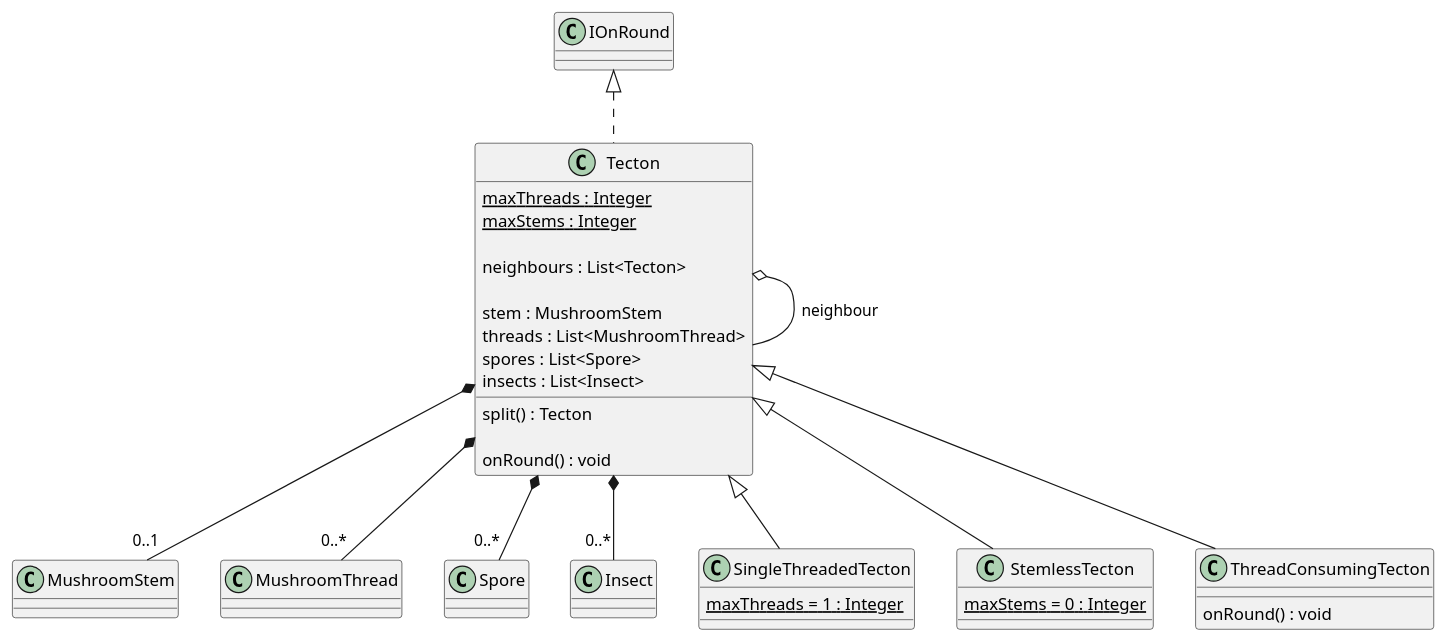
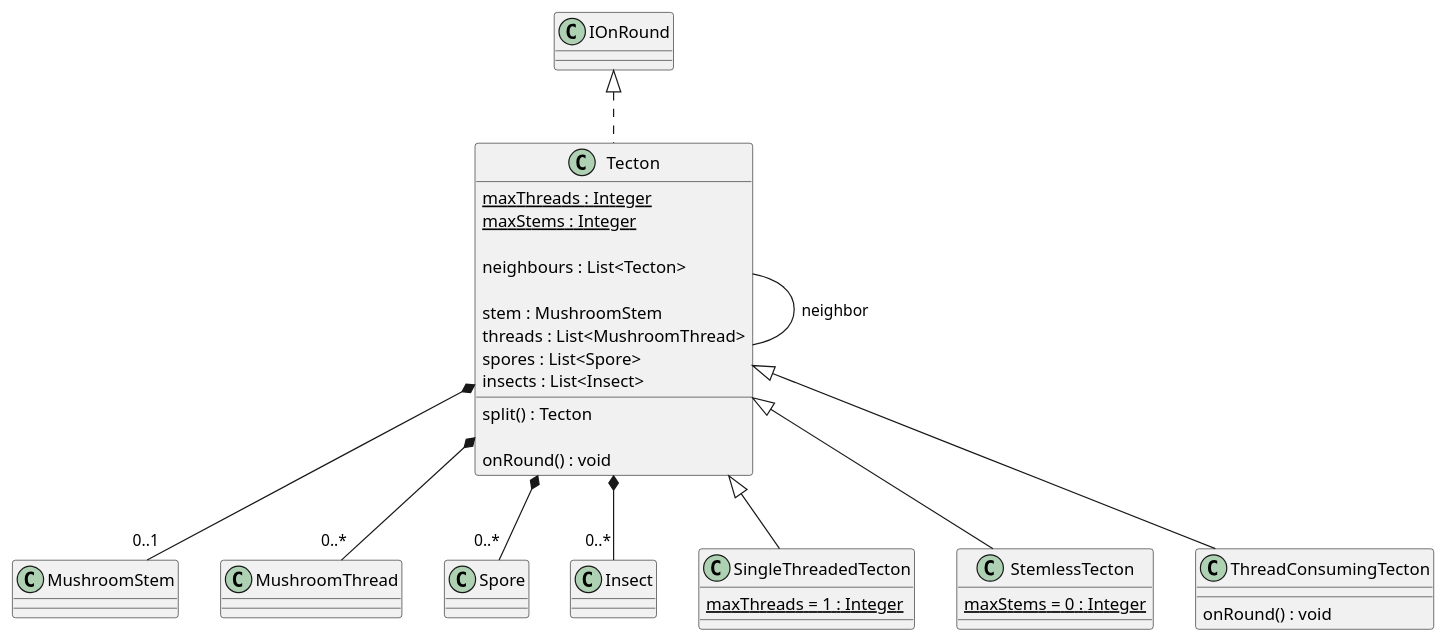
Before and after one commit to Petya-G/fungorium: the diagram in 3/classes/tecton.puml, drawn with PlantUML.

Commit message:
changed Tecton neighbor relationship to association

```diff
--- a/3/classes/tecton.puml
+++ b/3/classes/tecton.puml
@@ -1,56 +1,56 @@
 @startuml tecton
   IOnRound <|.. Tecton 
-  Tecton  o-- Tecton : neighbour
+  Tecton  -- Tecton : neighbor
   'Tecton *-- "0..*" Entity
   class Tecton {
     {static} maxThreads : Integer
     {static} maxStems : Integer
     
     neighbours : List<Tecton>
 
     stem : MushroomStem
     threads : List<MushroomThread>
     spores : List<Spore>
     insects : List<Insect>  
 
     'addNeighbour(Tecton) : void
     'addStem(MushroomStem stem) : void
     'removeStem() : void
     'addThread(MushroomThread thread) : void
     'removeThread(MushroomThread thread) : void
     'addSpore(Spore spore) : void
     'removeSpore(Spore spore) : void
     'addInsect(Insect insect) : void
     'removeInsect(Insect insect) : void
 
     split() : Tecton
 
     onRound() : void
   }
 
   Tecton *-- "0..1" MushroomStem 
   Tecton *-- "0..*" MushroomThread
   
   Tecton *-- "0..*" Spore
   Tecton *-- "0..*" Insect
   'SingleThreadedTecton *-- "0..1" MushroomStem
   'SingleThreadedTecton "2" *-- "0..1" MushroomThread
   Tecton <|-- SingleThreadedTecton
   class SingleThreadedTecton {
     {static} maxThreads = 1 : Integer
   }
 
 
   'BodylessTecton "2" *-- "0..*" MushroomThread
   Tecton <|-- StemlessTecton
   class StemlessTecton {
     {static} maxStems = 0 : Integer
   }
 
   ' ThreadConsumingTecton *-- "0..1" MushroomStem
   'ThreadConsumingTecton "2" *-- "0..*" MushroomThread
   Tecton <|-- ThreadConsumingTecton
   class ThreadConsumingTecton {
     onRound() : void
   }
 @enduml
```
